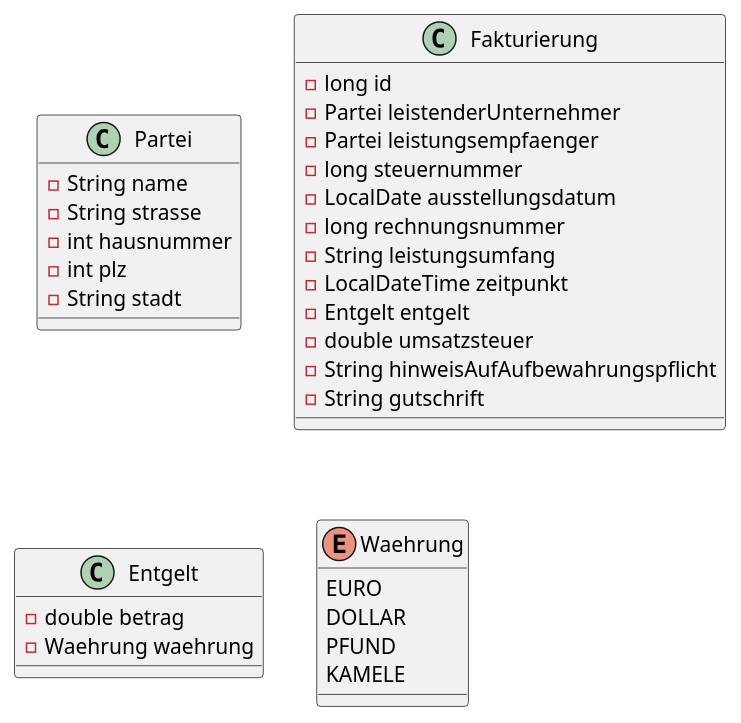
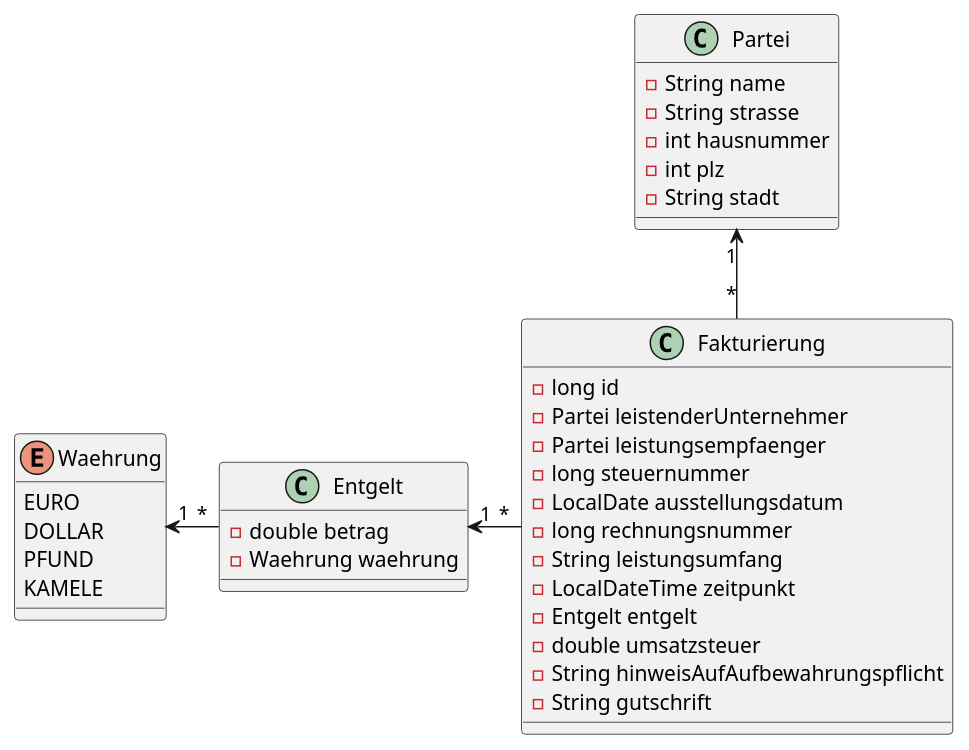
Diagram 30 of 45 in asciidocs/grading-assignment02-cdi.adoc (2021-4ahitm-sew/2021-4ahitm-sew-lecture-notes), drawn with PlantUML before and after one commit. The commit also changed other lines of this file, not shown here.

```diff
--- a/asciidocs/grading-assignment02-cdi.adoc
+++ b/asciidocs/grading-assignment02-cdi.adoc
@@ -1208,40 +1222,42 @@
 [plantuml]
 ----
 @startuml
 class Partei {
     - String name
     - String strasse
     - int hausnummer
     - int plz
     - String stadt
 }
 
 class Fakturierung {
     - long id
     - Partei leistenderUnternehmer
     - Partei leistungsempfaenger
     - long steuernummer
     - LocalDate ausstellungsdatum
     - long rechnungsnummer
     - String leistungsumfang
     - LocalDateTime zeitpunkt
     - Entgelt entgelt
     - double umsatzsteuer
     - String hinweisAufAufbewahrungspflicht
     - String gutschrift
 }
 
 class Entgelt {
     - double betrag
     - Waehrung waehrung
 }
 
 enum Waehrung {
     EURO
     DOLLAR
     PFUND
     KAMELE
 }
-
+Waehrung "1" <-right- "*" Entgelt
+Entgelt "1" <-right- "*" Fakturierung
+Partei "1" <-down- "*" Fakturierung
 @enduml
 ----
```
